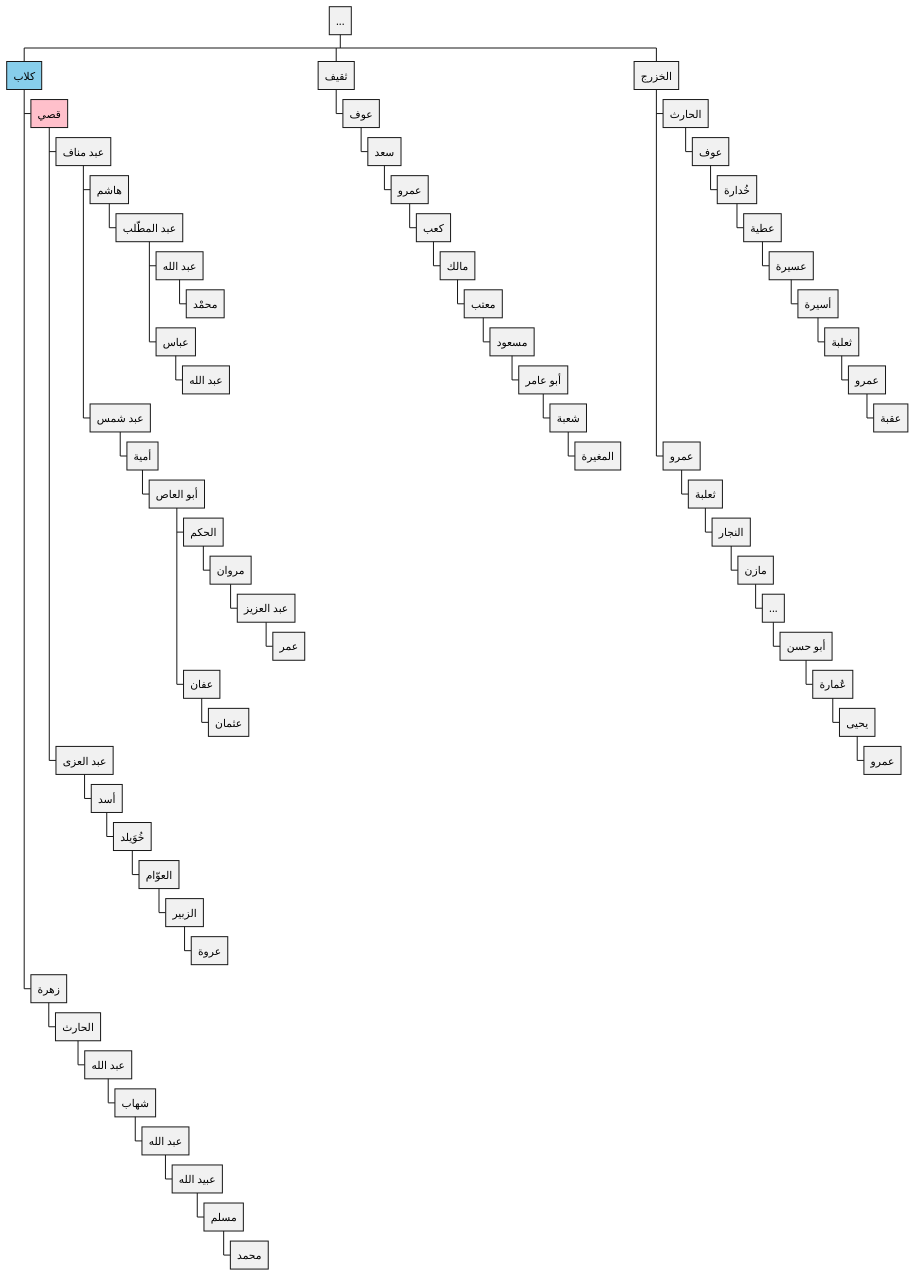
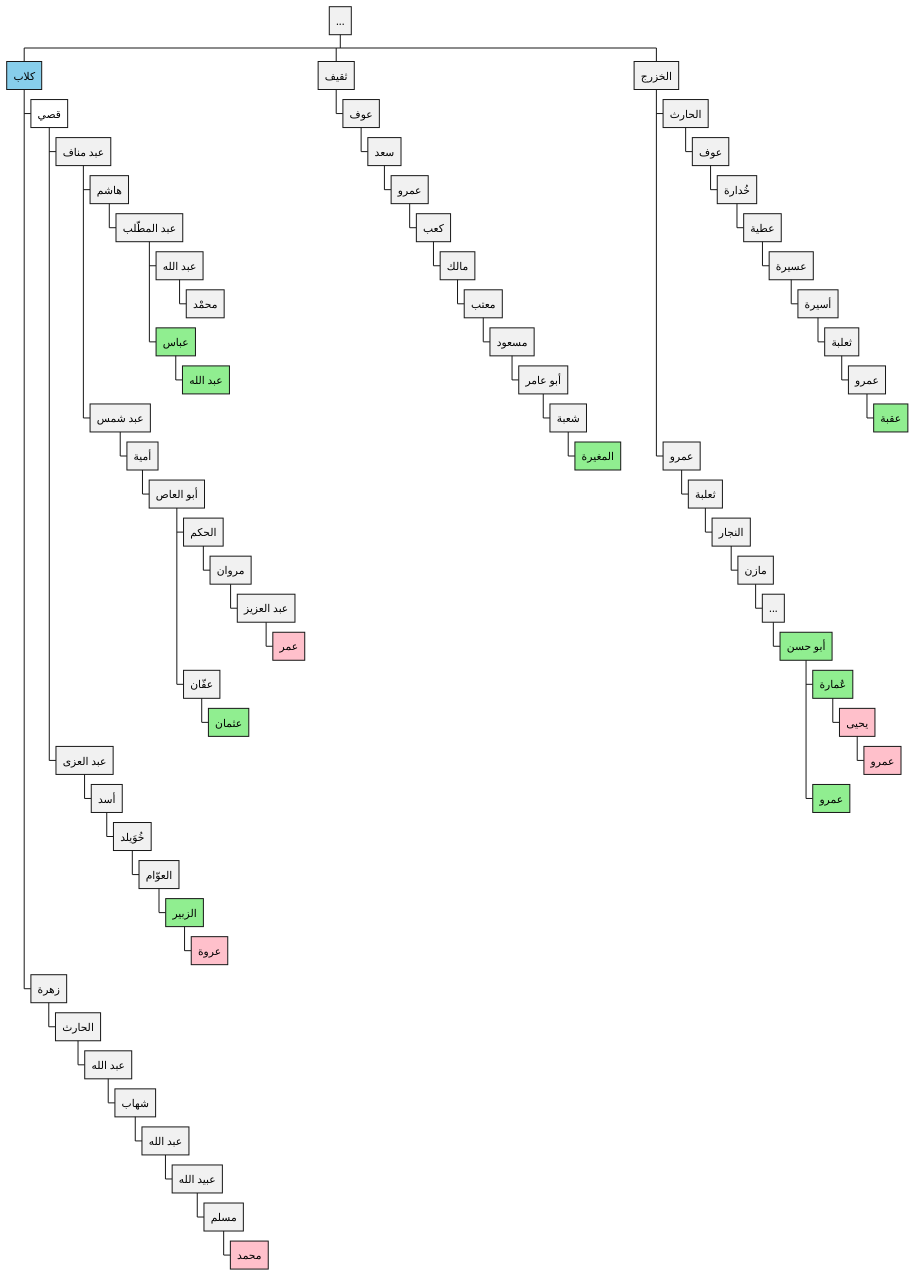
Before and after one commit to aowss/al-muwatta: the diagram in تراجم/أنساب.puml, drawn with PlantUML. The commit also changed 7 other files, not shown here.

Commit message:
ترجمة عبد الله بن زيد بن عاصم ويحيى بن عمارة

```diff
--- a/تراجم/أنساب.puml
+++ b/تراجم/أنساب.puml
@@ -1,86 +1,89 @@
 @startwbs
 
 skinparam DefaultFontName Helvetica
 skinparam DefaultFontSize 16
 skinparam DefaultTextAlignment right
 
 * ...
 
 **[#SkyBlue] كلاب
 
-***[#pink] قصي
+***[#white] قصي
 
 **** عبد مناف
 
 ***** هاشم
 ****** عبد المطّلب
 
 ******* عبد الله
 ******** محمْد
 
-******* عباس
-******** عبد الله
+*******[#LightGreen] عباس
+********[#LightGreen] عبد الله
 
 ***** عبد شمس
 ****** أمية
 ******* أبو العاص
 
 ******** الحكم
 ********* مروان
 ********** عبد العزيز
-*********** عمر
+***********[#pink] عمر
 
-******** عفان
-********* عثمان
+******** عفّان
+*********[#LightGreen] عثمان
 
 **** عبد العزى
 ***** أسد
 ****** خُوَيلد
 ******* العوّام
-******** الزبير
-********* عروة
+********[#LightGreen] الزبير
+*********[#pink] عروة
 
 *** زهرة
 **** الحارث
 ***** عبد الله
 ****** شهاب
 ******* عبد الله
 ******** عبيد الله
 ********* مسلم
-********** محمد
+**********[#pink] محمد
 
 ** ثقيف
 *** عوف
 **** سعد
 ***** عمرو
 ****** كعب
 ******* مالك
 ******** معتب
 ********* مسعود
 ********** أبو عامر
 *********** شعبة
-************ المغيرة
+************[#LightGreen] المغيرة
 
 ** الخزرج
 
 *** الحارث
 **** عوف
 ***** خُدارة
 ****** عطية
 ******* عسيرة
 ******** أسيرة
 ********* ثعلبة
 ********** عمرو
-*********** عقبة
+***********[#LightGreen] عقبة
 
 *** عمرو
 **** ثعلبة
 ***** النجار
 ****** مازن
 ******* ...
-******** أبو حسن
-********* عُمارة
-********** يحيى
-*********** عمرو
+********[#LightGreen] أبو حسن
+
+*********[#LightGreen] عُمارة
+**********[#pink] يحيى
+***********[#pink] عمرو
+
+*********[#LightGreen] عمرو
 
 @endwbs
```
